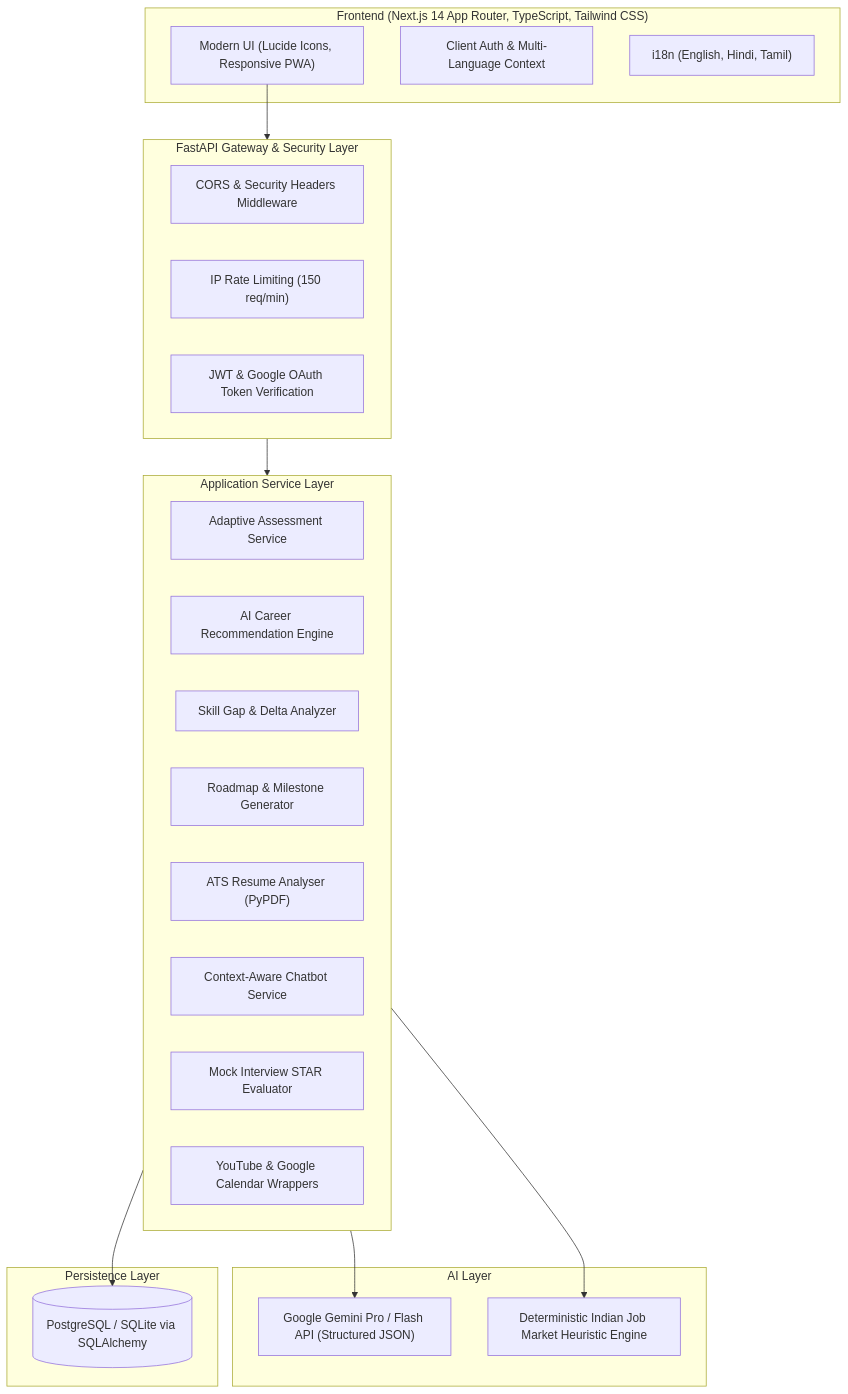
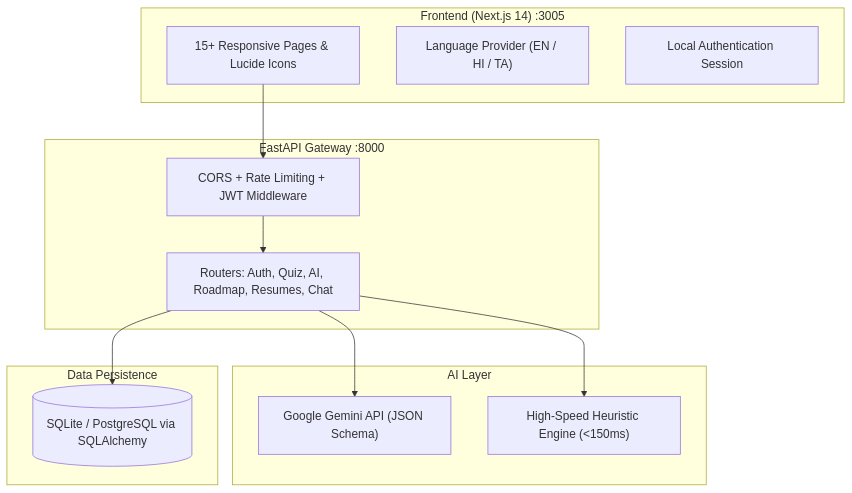
The second of 2 diagrams in README.md (astro-70/multidis_full), drawn with Mermaid before and after one commit. The commit also changed other lines of this file and 2 other files, not shown here.

````diff
--- a/README.md
+++ b/README.md
@@ -28,40 +208,28 @@
 ```mermaid
 flowchart TD
-    subgraph Client ["Frontend (Next.js 14 App Router, TypeScript, Tailwind CSS)"]
-        UI["Modern UI (Lucide Icons, Responsive PWA)"]
-        AuthStore["Client Auth & Multi-Language Context"]
-        LangPicker["i18n (English, Hindi, Tamil)"]
+    subgraph Browser ["Frontend (Next.js 14) :3005"]
+        Pages["15+ Responsive Pages & Lucide Icons"]
+        i18nContext["Language Provider (EN / HI / TA)"]
+        AuthContext["Local Authentication Session"]
     end
 
-    subgraph Backend_Gateway ["FastAPI Gateway & Security Layer"]
-        CORS["CORS & Security Headers Middleware"]
-        RateLimiter["IP Rate Limiting (150 req/min)"]
-        AuthMiddleware["JWT & Google OAuth Token Verification"]
-    end
-
-    subgraph Services ["Application Service Layer"]
-        AssessSvc["Adaptive Assessment Service"]
-        RecomSvc["AI Career Recommendation Engine"]
-        SkillGapSvc["Skill Gap & Delta Analyzer"]
-        RoadmapSvc["Roadmap & Milestone Generator"]
-        ResumeSvc["ATS Resume Analyser (PyPDF)"]
-        ChatSvc["Context-Aware Chatbot Service"]
-        InterviewSvc["Mock Interview STAR Evaluator"]
-        ExternalSvc["YouTube & Google Calendar Wrappers"]
+    subgraph API_Gateway ["FastAPI Gateway :8000"]
+        Security["CORS + Rate Limiting + JWT Middleware"]
+        Router["Routers: Auth, Quiz, AI, Roadmap, Resumes, Chat"]
     end
 
     subgraph Intelligence ["AI Layer"]
-        Gemini["Google Gemini Pro / Flash API (Structured JSON)"]
-        Fallback["Deterministic Indian Job Market Heuristic Engine"]
+        Gemini["Google Gemini API (JSON Schema)"]
+        FastFallback["High-Speed Heuristic Engine (<150ms)"]
     end
 
-    subgraph Database ["Persistence Layer"]
-        DB[(PostgreSQL / SQLite via SQLAlchemy)]
+    subgraph Data ["Data Persistence"]
+        DB[(SQLite / PostgreSQL via SQLAlchemy)]
     end
 
-    UI --> Backend_Gateway
-    Backend_Gateway --> Services
-    Services --> Gemini
-    Services --> Fallback
-    Services --> DB
+    Pages --> Security
+    Security --> Router
+    Router --> Gemini
+    Router --> FastFallback
+    Router --> DB
 ```
````
